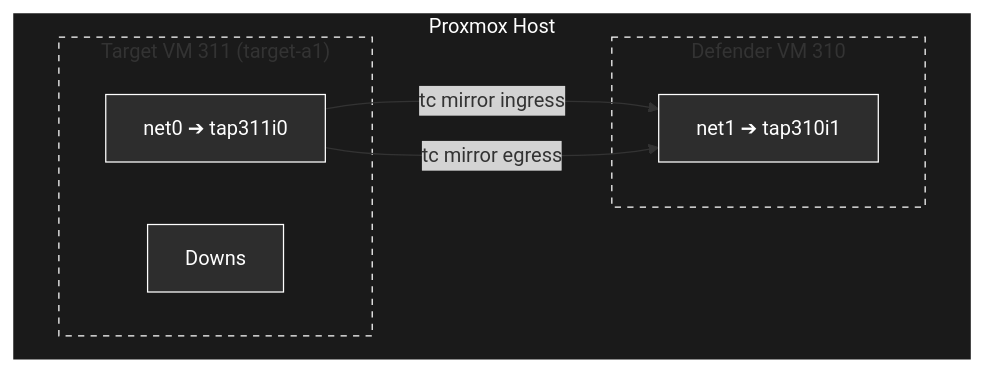
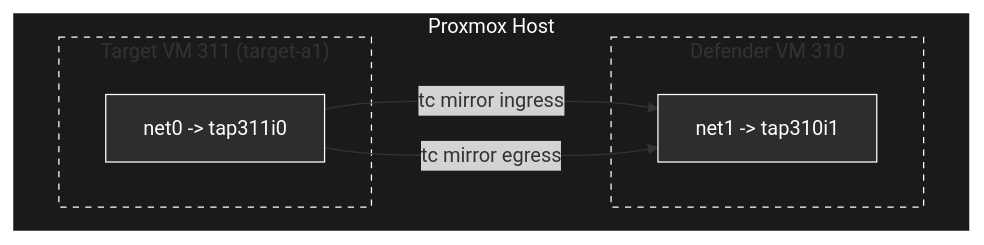
The third of 5 diagrams in docs/00_research_paper.md (rhaffle87/fl-cl), drawn with Mermaid before and after one commit. The commit also changed other lines of this file and 5 other files, not shown here.

Commit message:
docs: add project documentation files covering architecture, deployment, orchestration, and research methodology.

````diff
--- a/docs/00_research_paper.md
+++ b/docs/00_research_paper.md
@@ -237,24 +237,23 @@
 ```mermaid
 graph TD
     subgraph Proxmox_Host ["Proxmox Host"]
         %% VM Definitions
         subgraph Target_VM ["Target VM 311 (target-a1)"]
-            style Target_VM fill:none,stroke:#fff,stroke-dasharray: 5 5
-            T_Net["net0 ➔ tap311i0"]
-         Downs
+            style Target_VM fill:none,stroke:#fff,stroke-dasharray: 5 5;
+            T_Net["net0 -> tap311i0"]
         end
 
         subgraph Defender_VM ["Defender VM 310"]
-            style Defender_VM fill:none,stroke:#fff,stroke-dasharray: 5 5
-            D_Net["net1 ➔ tap310i1"]
+            style Defender_VM fill:none,stroke:#fff,stroke-dasharray: 5 5;
+            D_Net["net1 -> tap310i1"]
         end
 
         %% Traffic Mirroring Connections
         T_Net -->|tc mirror ingress| D_Net
         T_Net -->|tc mirror egress| D_Net
     end
 
     %% Global Styles
-    style Proxmox_Host fill:#1a1a1a,stroke:#fff,stroke-width:2px,color:#fff
-    classDef default fill:#2d2d2d,stroke:#fff,color:#fff
+    style Proxmox_Host fill:#1a1a1a,stroke:#fff,stroke-width:2px,color:#fff;
+    classDef default fill:#2d2d2d,stroke:#fff,color:#fff;
 ```
````
